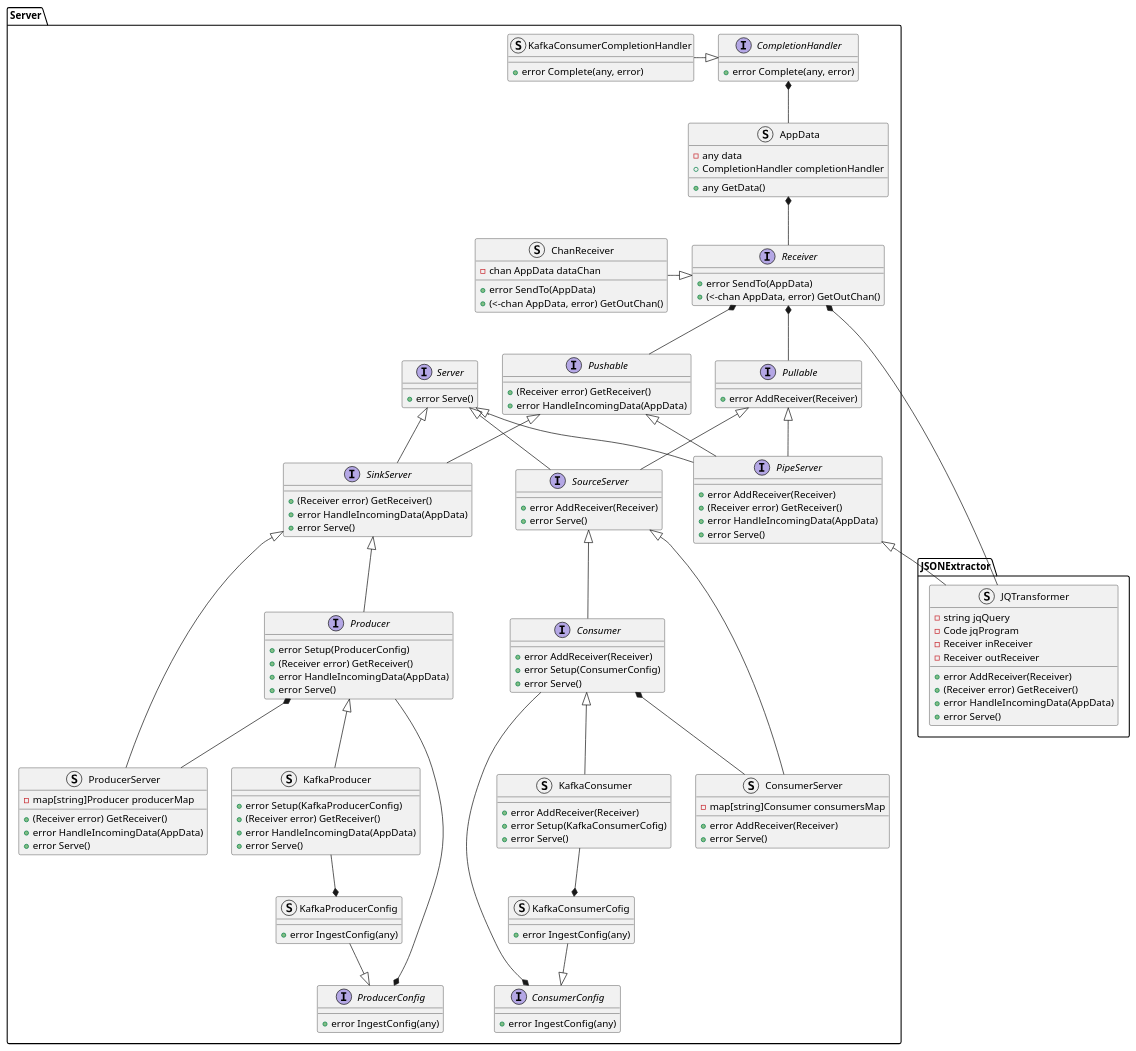
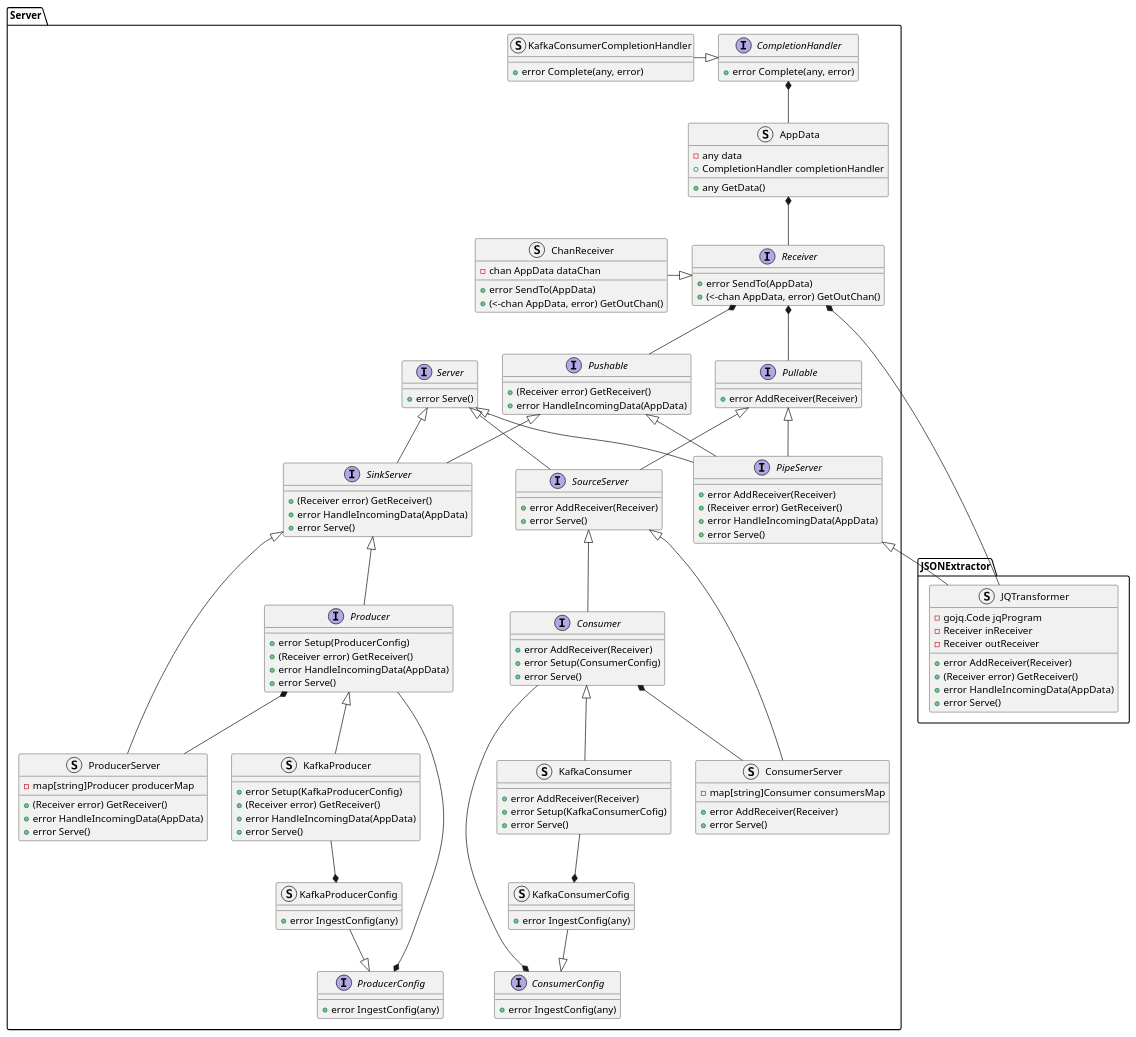
Before and after one commit to xtuml/otel2pv: the diagram in docs/design_notes/DN1_JSON_Extractor/class_diagram.puml, drawn with PlantUML. The commit also changed 5 other files, not shown here.

```diff
--- a/docs/design_notes/DN1_JSON_Extractor/class_diagram.puml
+++ b/docs/design_notes/DN1_JSON_Extractor/class_diagram.puml
@@ -1,140 +1,139 @@
 @startuml
 namespace JSONExtractor {
     struct JQTransformer {
-        -string jqQuery
-        -Code jqProgram
+        -gojq.Code jqProgram
         -Receiver inReceiver
         -Receiver outReceiver
         +error AddReceiver(Receiver)
         +(Receiver error) GetReceiver()
         +error HandleIncomingData(AppData)
         +error Serve()
     }
 }
 namespace Server {
     interface CompletionHandler {
         +error Complete(any, error)
     }
     struct KafkaConsumerCompletionHandler {
         +error Complete(any, error)
     }
     struct AppData {
         -any data
         +CompletionHandler completionHandler
         +any GetData()
     }
     interface Receiver {
         +error SendTo(AppData)
         +(<-chan AppData, error) GetOutChan()
     }
     struct ChanReceiver {
         -chan AppData dataChan
         +error SendTo(AppData)
         +(<-chan AppData, error) GetOutChan()
     }
     interface Server {
         +error Serve()
     }
     interface Pullable {
         +error AddReceiver(Receiver)
     }
     interface Pushable {
         +(Receiver error) GetReceiver()
         +error HandleIncomingData(AppData)
     }
     interface SourceServer {
         +error AddReceiver(Receiver)
         +error Serve()
     }
     interface SinkServer {
         +(Receiver error) GetReceiver()
         +error HandleIncomingData(AppData)
         +error Serve()
     }
     interface PipeServer {
         +error AddReceiver(Receiver)
         +(Receiver error) GetReceiver()
         +error HandleIncomingData(AppData)
         +error Serve()
     }
     interface Producer {
         +error Setup(ProducerConfig)
         +(Receiver error) GetReceiver()
         +error HandleIncomingData(AppData)
         +error Serve()
     }
     interface Consumer {
         +error AddReceiver(Receiver)
         +error Setup(ConsumerConfig)
         +error Serve()
     }
     struct KafkaConsumer {
         +error AddReceiver(Receiver)
         +error Setup(KafkaConsumerCofig)
         +error Serve()
     }
     struct KafkaProducer {
         +error Setup(KafkaProducerConfig)
         +(Receiver error) GetReceiver()
         +error HandleIncomingData(AppData)
         +error Serve()
     }
     struct ProducerServer {
         -map[string]Producer producerMap
         +(Receiver error) GetReceiver()
         +error HandleIncomingData(AppData)
         +error Serve()
     }
     struct ConsumerServer {
         -map[string]Consumer consumersMap
         +error AddReceiver(Receiver)
         +error Serve()
     }
     struct KafkaConsumerCofig {
         +error IngestConfig(any)
     }
     struct KafkaProducerConfig {
         +error IngestConfig(any)
     }
     interface ProducerConfig {
         +error IngestConfig(any)
     }
     interface ConsumerConfig {
         +error IngestConfig(any)
     }
 }
 Server.CompletionHandler *-- Server.AppData
 Server.CompletionHandler <|-left- Server.KafkaConsumerCompletionHandler
 Server.AppData *-- Server.Receiver
 Server.Receiver *-- Server.Pullable
 Server.Receiver *-- Server.Pushable
 Server.Receiver <|-left- Server.ChanReceiver
 Server.Server <|-- Server.SourceServer
 Server.Pullable <|-- Server.SourceServer
 Server.Server <|-- Server.SinkServer
 Server.Pushable <|-- Server.SinkServer
 Server.Pushable <|-- Server.PipeServer
 Server.Pullable <|-- Server.PipeServer
 Server.Server <|-- Server.PipeServer
 
 Server.SinkServer <|-down- Server.Producer
 Server.Producer <|-- Server.KafkaProducer
 Server.Consumer <|-- Server.KafkaConsumer
 Server.Producer *-- Server.ProducerServer
 Server.SinkServer <|-left- Server.ProducerServer
 Server.SourceServer <|-- Server.ConsumerServer
 Server.Consumer *-- Server.ConsumerServer
 Server.SourceServer <|-down- Server.Consumer
 
 Server.KafkaConsumerCofig *-up- Server.KafkaConsumer
 Server.KafkaProducerConfig *-up- Server.KafkaProducer
 
 Server.PipeServer <|-- JSONExtractor.JQTransformer
 Server.Receiver *-- JSONExtractor.JQTransformer
 
 Server.ProducerConfig <|-up- Server.KafkaProducerConfig
 Server.ConsumerConfig <|-up- Server.KafkaConsumerCofig
 
 Server.ConsumerConfig *-- Server.Consumer
 Server.ProducerConfig *-- Server.Producer
 @enduml
```
